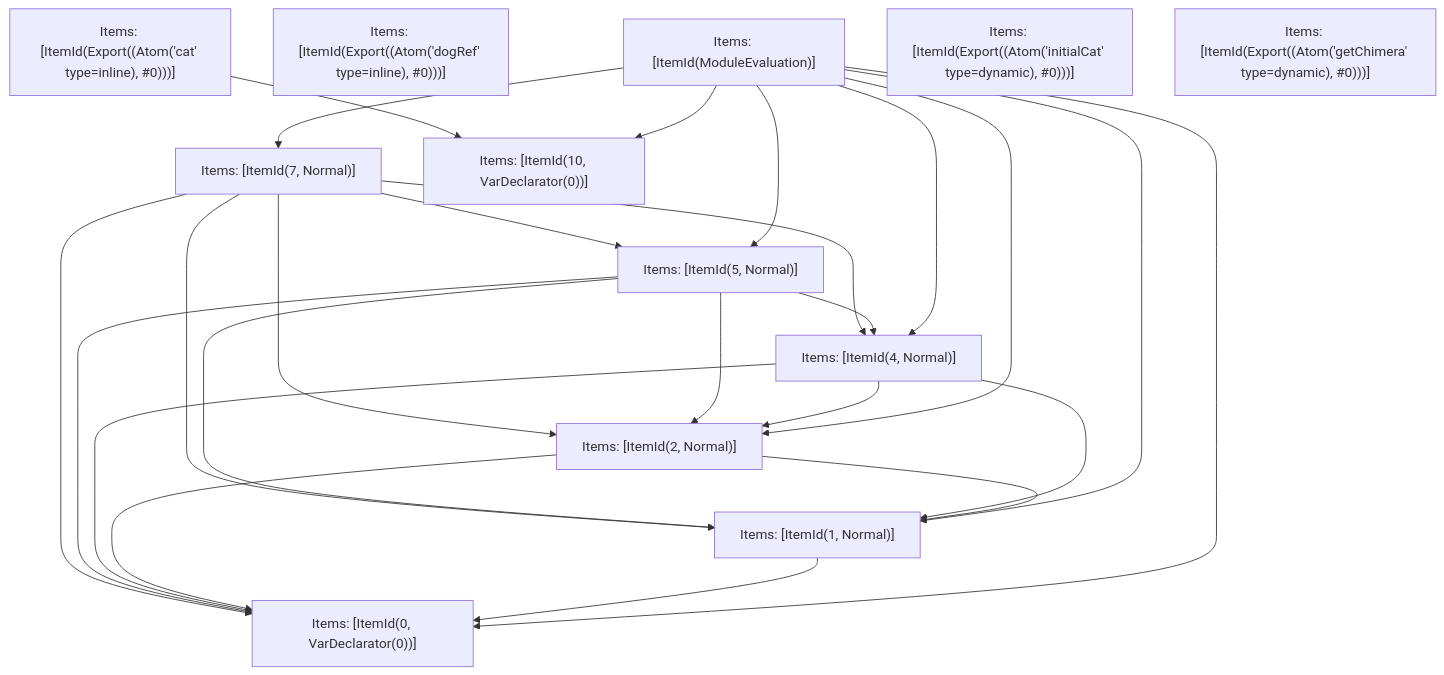
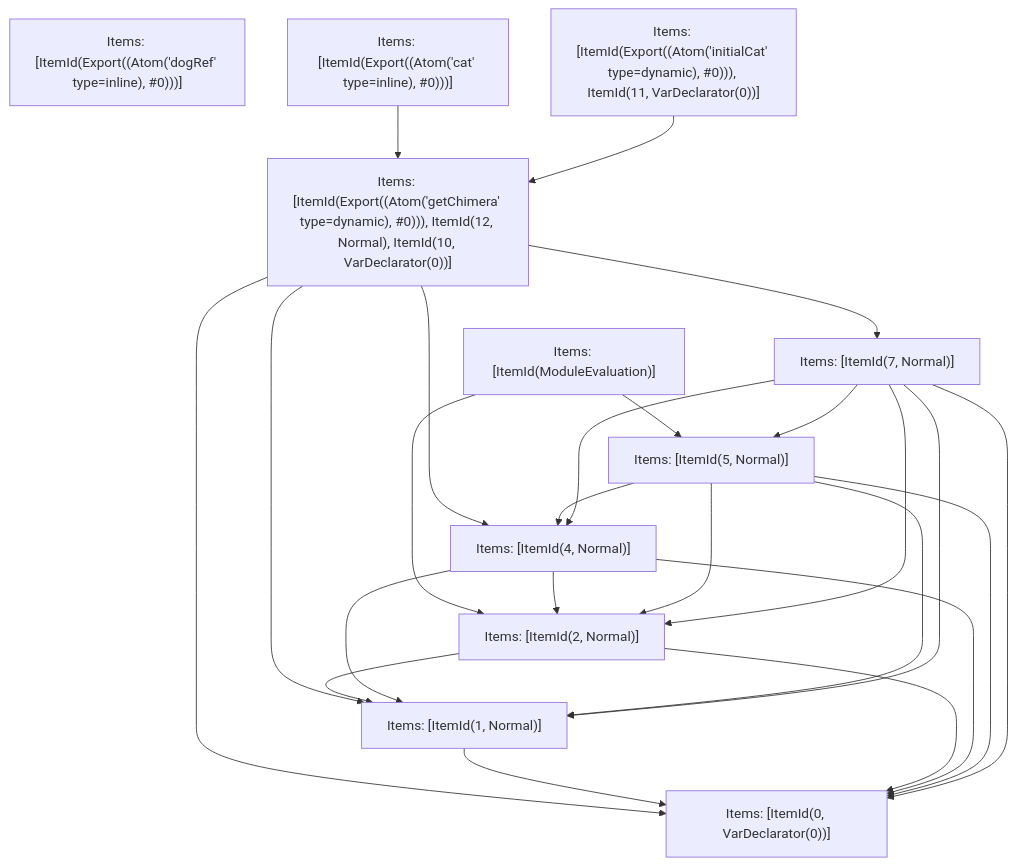
Before and after one commit to vercel/turborepo: the fifth of 5 diagrams in crates/turbopack-ecmascript/tests/tree-shaker/analyzer/complex/output.md, drawn with Mermaid. The commit also changed other lines of this file and 3 other files, not shown here.

````diff
--- a/crates/turbopack-ecmascript/tests/tree-shaker/analyzer/complex/output.md
+++ b/crates/turbopack-ecmascript/tests/tree-shaker/analyzer/complex/output.md
@@ -383,38 +373,37 @@
 ```mermaid
 graph TD
     N0["Items: [ItemId(ModuleEvaluation)]"];
     N1["Items: [ItemId(Export((Atom('dogRef' type=inline), #0)))]"];
     N2["Items: [ItemId(Export((Atom('cat' type=inline), #0)))]"];
-    N3["Items: [ItemId(Export((Atom('initialCat' type=dynamic), #0)))]"];
-    N4["Items: [ItemId(Export((Atom('getChimera' type=dynamic), #0)))]"];
+    N3["Items: [ItemId(Export((Atom('initialCat' type=dynamic), #0))), ItemId(11, VarDeclarator(0))]"];
+    N4["Items: [ItemId(Export((Atom('getChimera' type=dynamic), #0))), ItemId(12, Normal), ItemId(10, VarDeclarator(0))]"];
     N5["Items: [ItemId(0, VarDeclarator(0))]"];
     N6["Items: [ItemId(1, Normal)]"];
     N7["Items: [ItemId(2, Normal)]"];
     N8["Items: [ItemId(4, Normal)]"];
     N9["Items: [ItemId(5, Normal)]"];
     N10["Items: [ItemId(7, Normal)]"];
-    N11["Items: [ItemId(10, VarDeclarator(0))]"];
     N0 --> N7;
     N0 --> N9;
-    N0 --> N5;
-    N0 --> N6;
-    N0 --> N8;
-    N0 --> N10;
-    N0 --> N11;
-    N2 --> N11;
+    N2 --> N4;
+    N3 --> N4;
+    N4 --> N5;
+    N4 --> N6;
+    N4 --> N8;
+    N4 --> N10;
     N6 --> N5;
     N7 --> N5;
     N7 --> N6;
     N8 --> N5;
     N8 --> N6;
     N8 --> N7;
     N9 --> N5;
     N9 --> N6;
     N9 --> N8;
     N9 --> N7;
     N10 --> N5;
     N10 --> N6;
     N10 --> N8;
     N10 --> N7;
     N10 --> N9;
 ```
````
